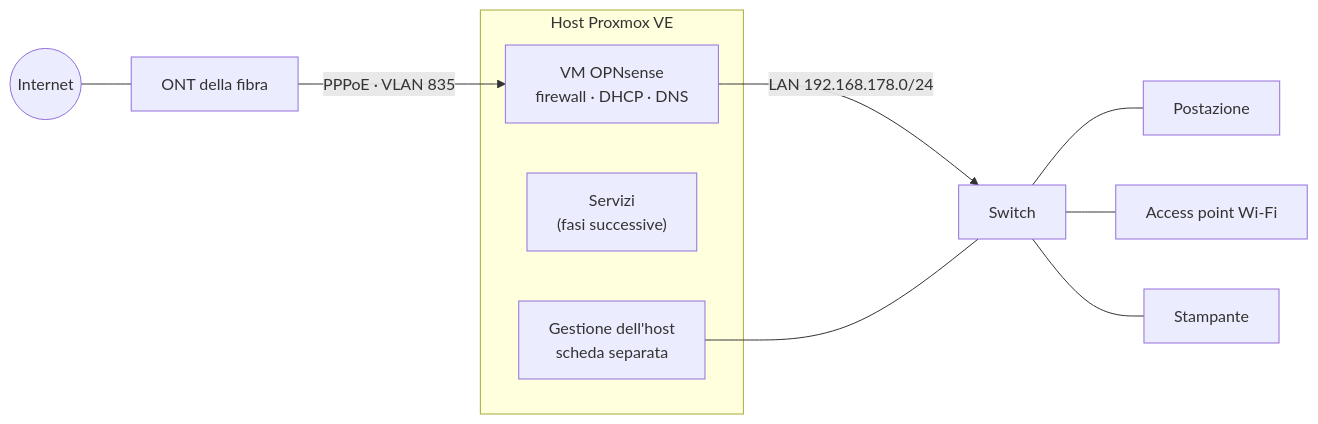
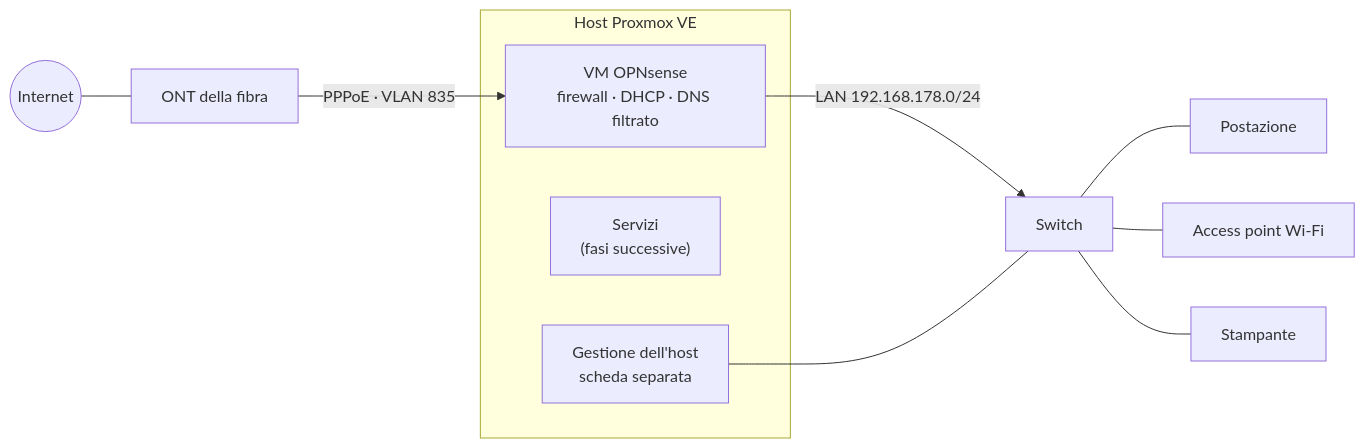
The diagram in README.it.md (furorignis/HomeLab), drawn with Mermaid before and after one commit. The commit also changed other lines of this file and 1 other file, not shown here.

````diff
--- a/README.it.md
+++ b/README.it.md
@@ -18,15 +19,15 @@
 ```mermaid
 flowchart LR
   NET(("Internet")) --- ONT["ONT della fibra"]
   ONT -->|"PPPoE · VLAN 835"| OPN
   subgraph host["Host Proxmox VE"]
-    OPN["VM OPNsense<br/>firewall · DHCP · DNS"]
+    OPN["VM OPNsense<br/>firewall · DHCP · DNS filtrato"]
     SVC["Servizi<br/>(fasi successive)"]
     HM["Gestione dell'host<br/>scheda separata"]
   end
   OPN -->|"LAN 192.168.178.0/24"| SW["Switch"]
   HM --- SW
   SW --- PC["Postazione"]
   SW --- AP["Access point Wi-Fi"]
   SW --- PR["Stampante"]
 ```
````
